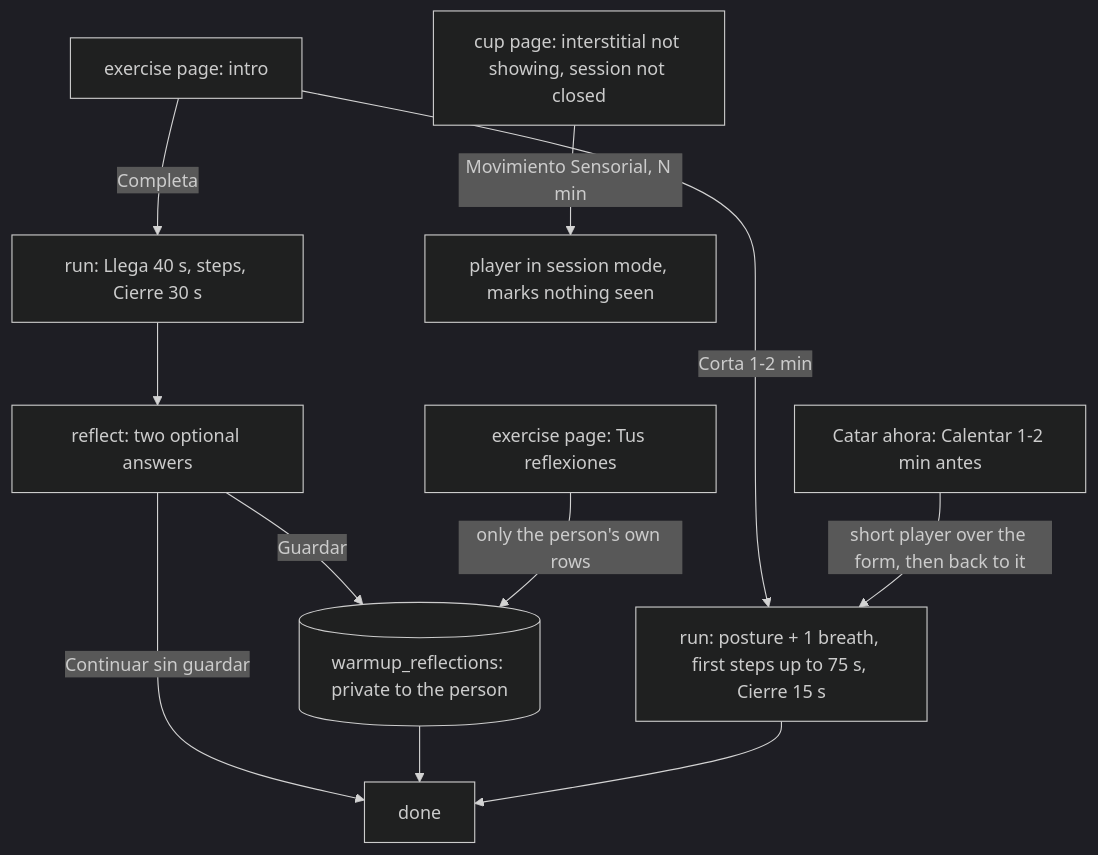
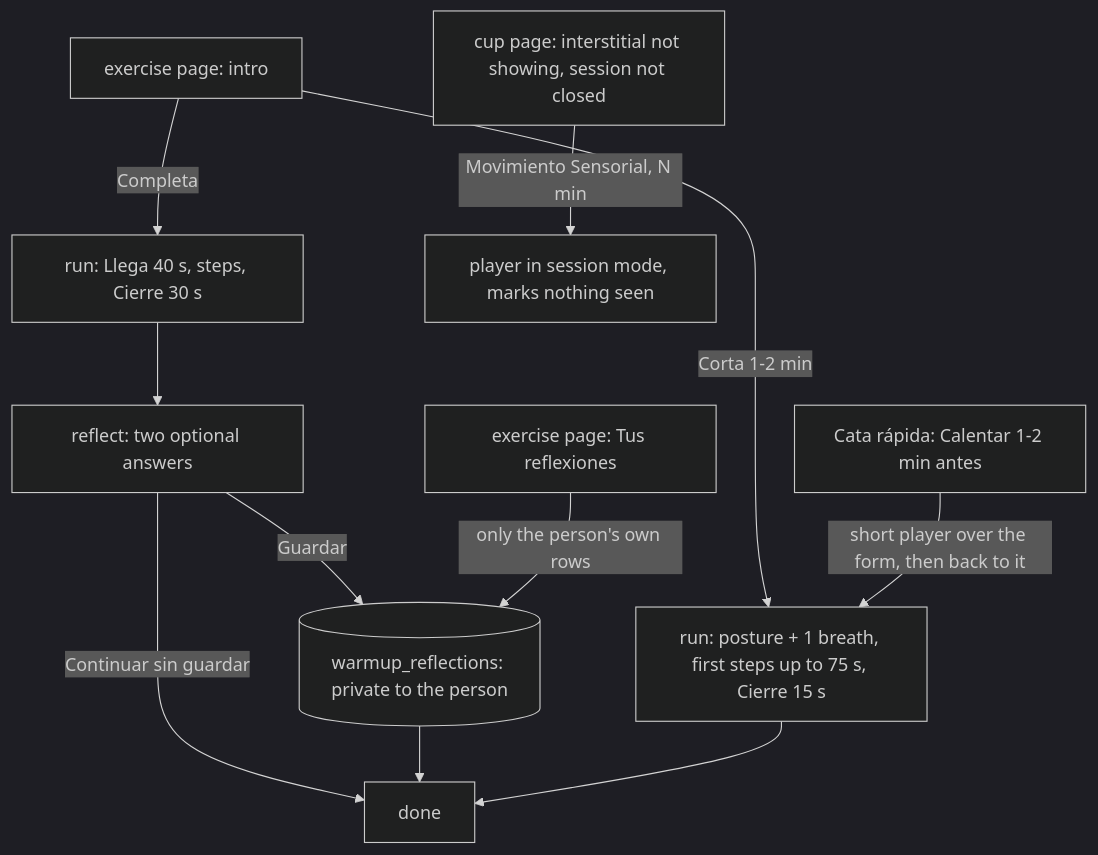
The fifth of 22 diagrams in docs/flows.md (ricardovelezd27/cata-cafe), drawn with Mermaid (dark theme) before and after one commit. The commit also changed other lines of this file and 17 other files, not shown here.

````diff
--- a/docs/flows.md
+++ b/docs/flows.md
@@ -518,13 +518,13 @@
 ```mermaid
 flowchart TD
   L["exercise page: intro"] -->|"Completa"| RUN["run: Llega 40 s, steps, Cierre 30 s"]
   L -->|"Corta 1-2 min"| SHORT["run: posture + 1 breath, first steps up to 75 s, Cierre 15 s"]
   RUN --> REF["reflect: two optional answers"]
   REF -->|"Guardar"| SAVE[("warmup_reflections: private to the person")]
   REF -->|"Continuar sin guardar"| DONE["done"]
   SAVE --> DONE
   SHORT --> DONE
   PAGE["exercise page: Tus reflexiones"] -->|"only the person's own rows"| SAVE
-  EX["Catar ahora: Calentar 1-2 min antes"] -->|"short player over the form, then back to it"| SHORT
+  EX["Cata rápida: Calentar 1-2 min antes"] -->|"short player over the form, then back to it"| SHORT
   CUP["cup page: interstitial not showing, session not closed"] -->|"Movimiento Sensorial, N min"| SESS["player in session mode, marks nothing seen"]
 ```
````
